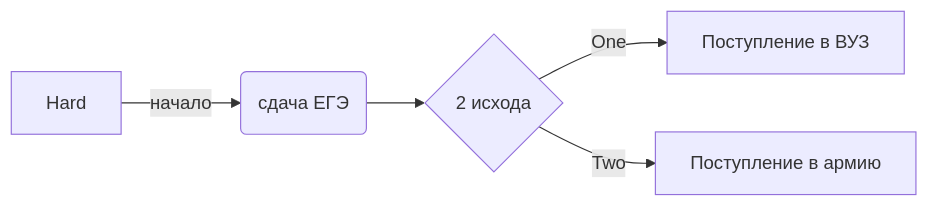
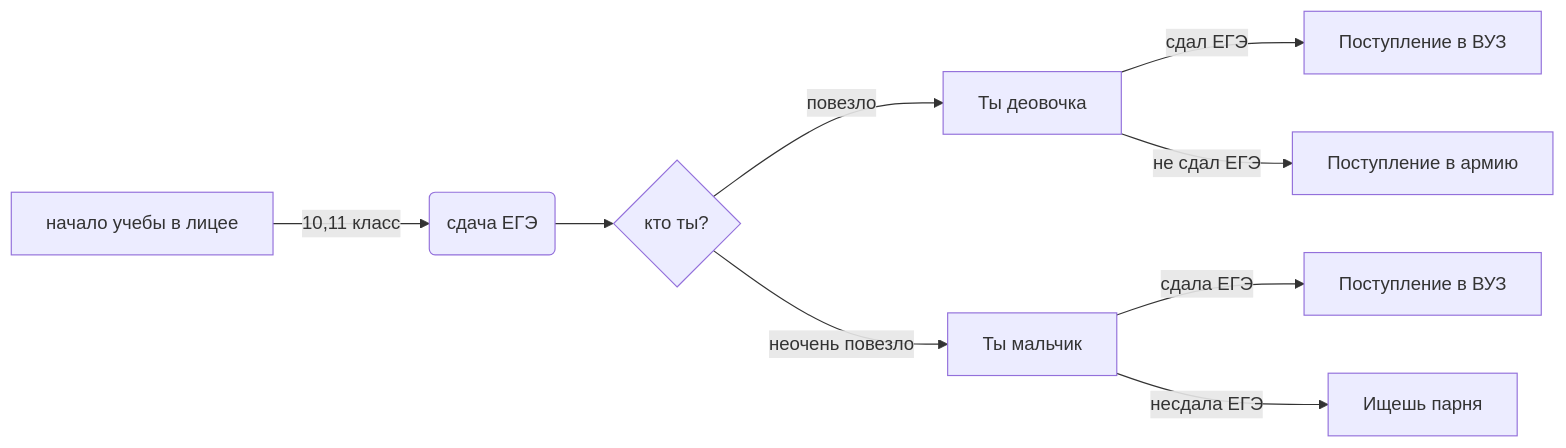
The diagram in README.md (grad154/timurbakeev154), drawn with Mermaid before and after one commit.

````diff
--- a/README.md
+++ b/README.md
@@ -2,7 +2,11 @@
 ```mermaid
 flowchart LR
-A[Hard] -->|начало| B(сдача ЕГЭ)
-B --> C{2 исхода}
-C -->|One| D[Поступление в ВУЗ]
-C -->|Two| E[Поступление в армию]
+A[начало учебы в лицее] -->|10,11 класс| B(сдача ЕГЭ)
+B --> C{кто ты?}
+C -->|повезло| D[Ты деовочка]
+C -->|неочень повезло| E[Ты мальчик]
+D -->|сдал ЕГЭ|F[Поступление в ВУЗ]
+D -->|не сдал ЕГЭ|G[Поступление в армию]
+E -->|сдала ЕГЭ| Q[Поступление в ВУЗ]
+E -->|несдала ЕГЭ| M[Ищешь парня]
 ```
````
